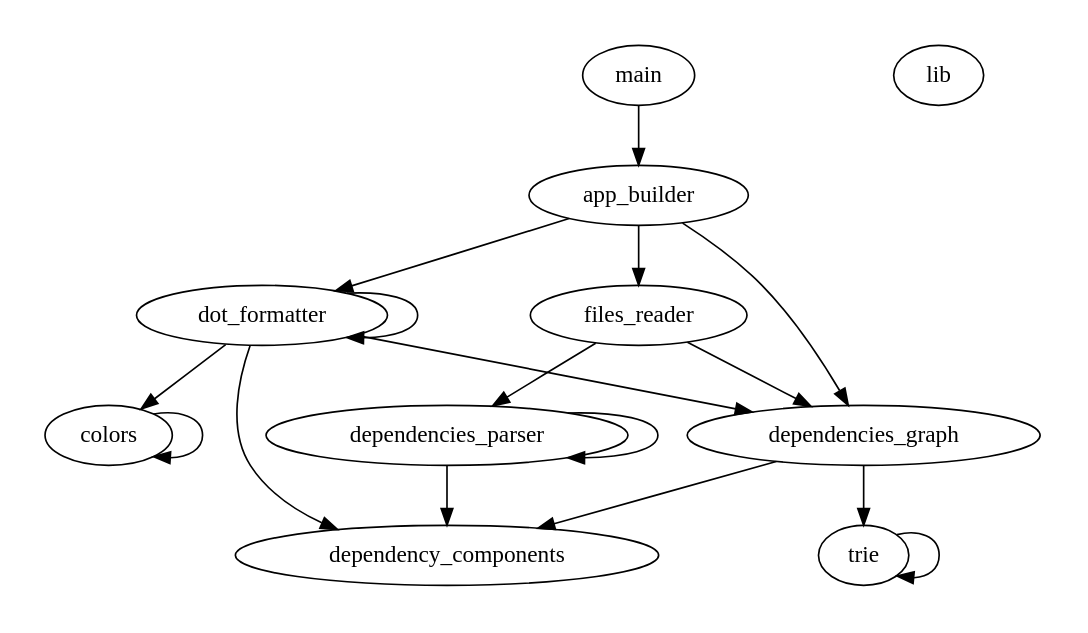
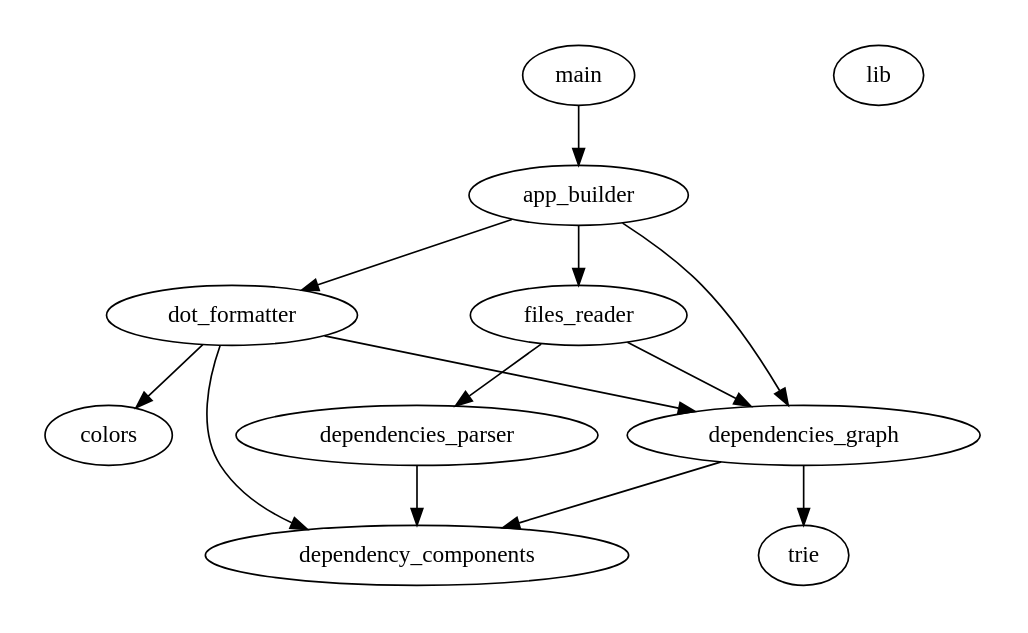
One commit to thomas-huegel/cargo-graphmod changed the diagram in modules.dot. Above: the diagram before and after it, drawn with Graphviz. The commit also changed 1 other file, not shown here.

Commit message:
excluding dependencies after #[cfg(test)]

```diff
--- a/modules.dot
+++ b/modules.dot
@@ -1,33 +1,29 @@
 digraph dependencies {
 subgraph cluster_ {
 label=""
 color="#ffffff"
 style="filled"
   "::app_builder"[label="app_builder",style="filled",fillcolor="#ffffff"]
   "::colors"[label="colors",style="filled",fillcolor="#ffffff"]
   "::dependencies_graph"[label="dependencies_graph",style="filled",fillcolor="#ffffff"]
   "::dependencies_parser"[label="dependencies_parser",style="filled",fillcolor="#ffffff"]
   "::dependency_components"[label="dependency_components",style="filled",fillcolor="#ffffff"]
   "::dot_formatter"[label="dot_formatter",style="filled",fillcolor="#ffffff"]
   "::files_reader"[label="files_reader",style="filled",fillcolor="#ffffff"]
   "::lib"[label="lib",style="filled",fillcolor="#ffffff"]
   "::main"[label="main",style="filled",fillcolor="#ffffff"]
   "::trie"[label="trie",style="filled",fillcolor="#ffffff"]
 }
 "::app_builder" -> "::dependencies_graph"
 "::app_builder" -> "::dot_formatter"
 "::app_builder" -> "::files_reader"
-"::colors" -> "::colors"
 "::dependencies_graph" -> "::dependency_components"
 "::dependencies_graph" -> "::trie"
-"::dependencies_parser" -> "::dependencies_parser"
 "::dependencies_parser" -> "::dependency_components"
 "::dot_formatter" -> "::colors"
 "::dot_formatter" -> "::dependencies_graph"
 "::dot_formatter" -> "::dependency_components"
-"::dot_formatter" -> "::dot_formatter"
 "::files_reader" -> "::dependencies_graph"
 "::files_reader" -> "::dependencies_parser"
 "::main" -> "::app_builder"
-"::trie" -> "::trie"
 }
```
